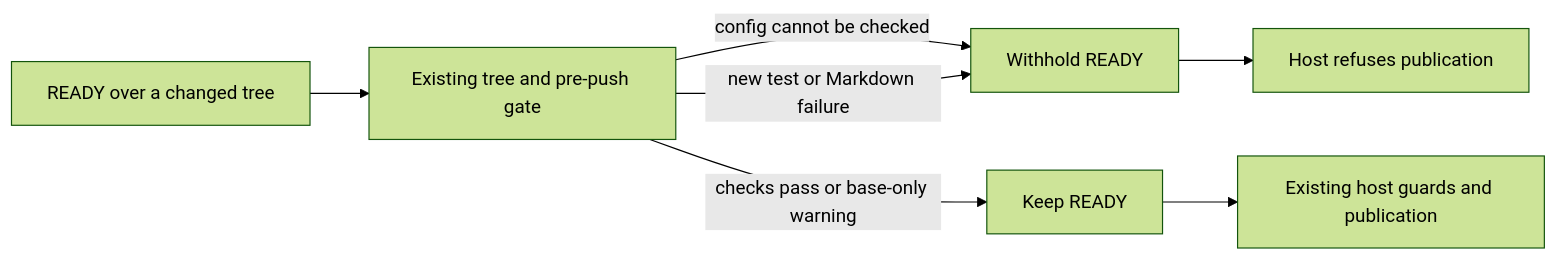
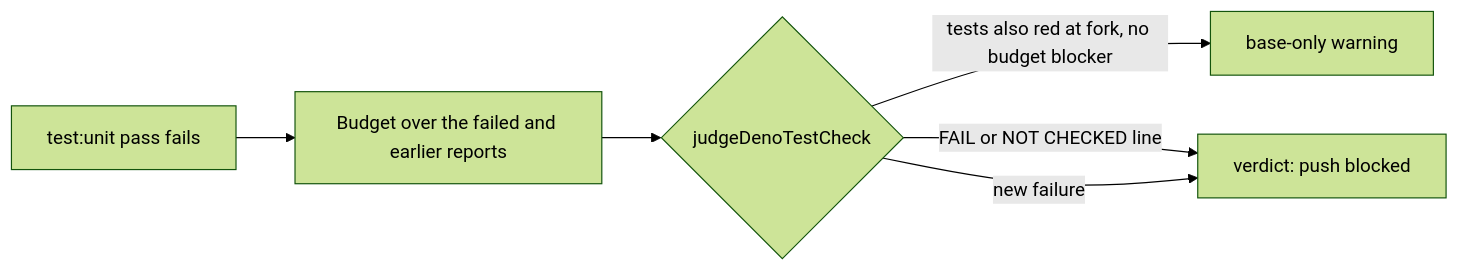
One commit to stSoftwareAU/VibeCoder changed the diagram in docs/archive/pr-summaries/pr-summary-4930.md. Above: the diagram before and after it, drawn with Mermaid (forest theme). The commit also changed other lines of this file and 3 other files, not shown here.

````diff
--- a/docs/archive/pr-summaries/pr-summary-4930.md
+++ b/docs/archive/pr-summaries/pr-summary-4930.md
@@ -81,9 +76,8 @@
 ```mermaid
 flowchart LR
-    A[READY over a changed tree] --> G[Existing tree and pre-push gate]
-    G -->|config cannot be checked| B[Withhold READY]
-    G -->|new test or Markdown failure| B
-    G -->|checks pass or base-only warning| R[Keep READY]
-    B --> H[Host refuses publication]
-    R --> P[Existing host guards and publication]
+    F[test:unit pass fails] --> B[Budget over the failed and earlier reports]
+    B --> J{judgeDenoTestCheck}
+    J -->|tests also red at fork, no budget blocker| W[base-only warning]
+    J -->|FAIL or NOT CHECKED line| V[verdict: push blocked]
+    J -->|new failure| V
 ```
````
